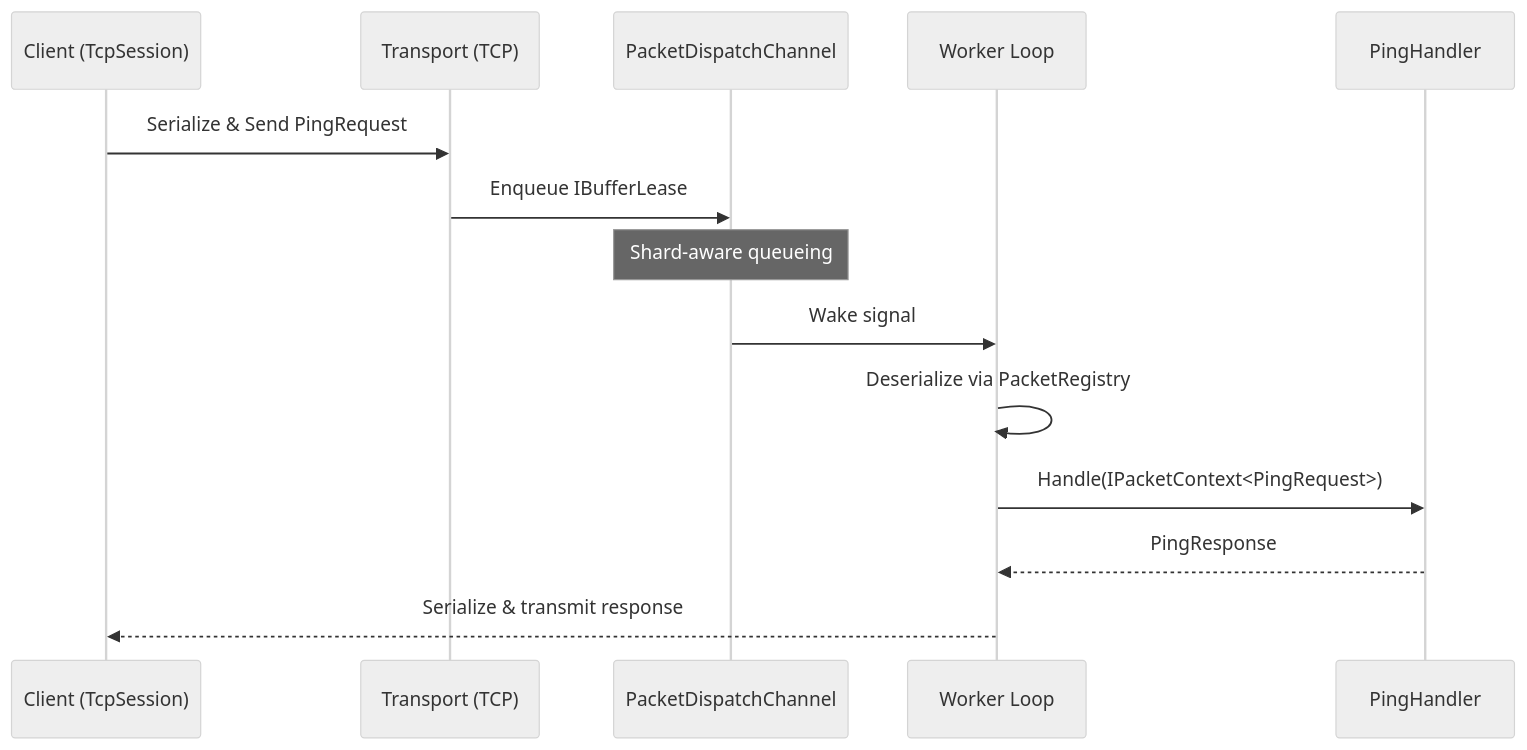
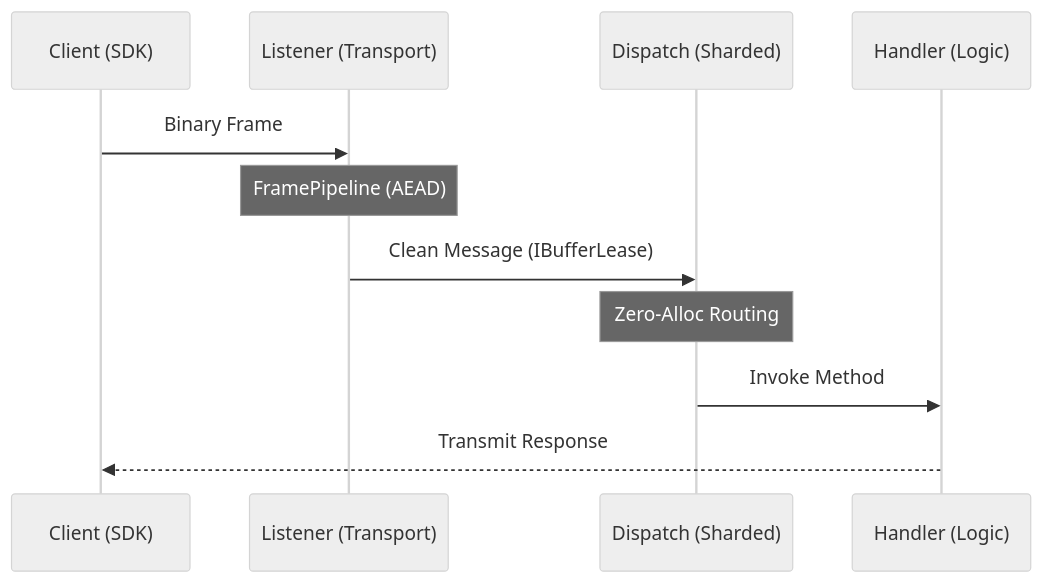
The diagram in docs/quickstart.md (ppn-systems/Nalix), drawn with Mermaid (neutral theme) before and after one commit. The commit also changed other lines of this file and 179 other files, not shown here.

First line of the commit message:
refactor: IProtocol and FramePipeline (#86)

````diff
--- a/docs/quickstart.md
+++ b/docs/quickstart.md
@@ -196,17 +189,14 @@
 ```mermaid
 sequenceDiagram
-    participant C as Client (TcpSession)
-    participant T as Transport (TCP)
-    participant D as PacketDispatchChannel
-    participant W as Worker Loop
-    participant H as PingHandler
+    participant C as Client (SDK)
+    participant L as Listener (Transport)
+    participant D as Dispatch (Sharded)
+    participant H as Handler (Logic)
 
-    C->>T: Serialize & Send PingRequest
-    T->>D: Enqueue IBufferLease
-    Note over D: Shard-aware queueing
-    D->>W: Wake signal
-    W->>W: Deserialize via PacketRegistry
-    W->>H: Handle(IPacketContext<PingRequest>)
-    H-->>W: PingResponse
-    W-->>C: Serialize & transmit response
+    C->>L: Binary Frame
+    Note over L: FramePipeline (AEAD)
+    L->>D: Clean Message (IBufferLease)
+    Note over D: Zero-Alloc Routing
+    D->>H: Invoke Method
+    H-->>C: Transmit Response
 ```
````
